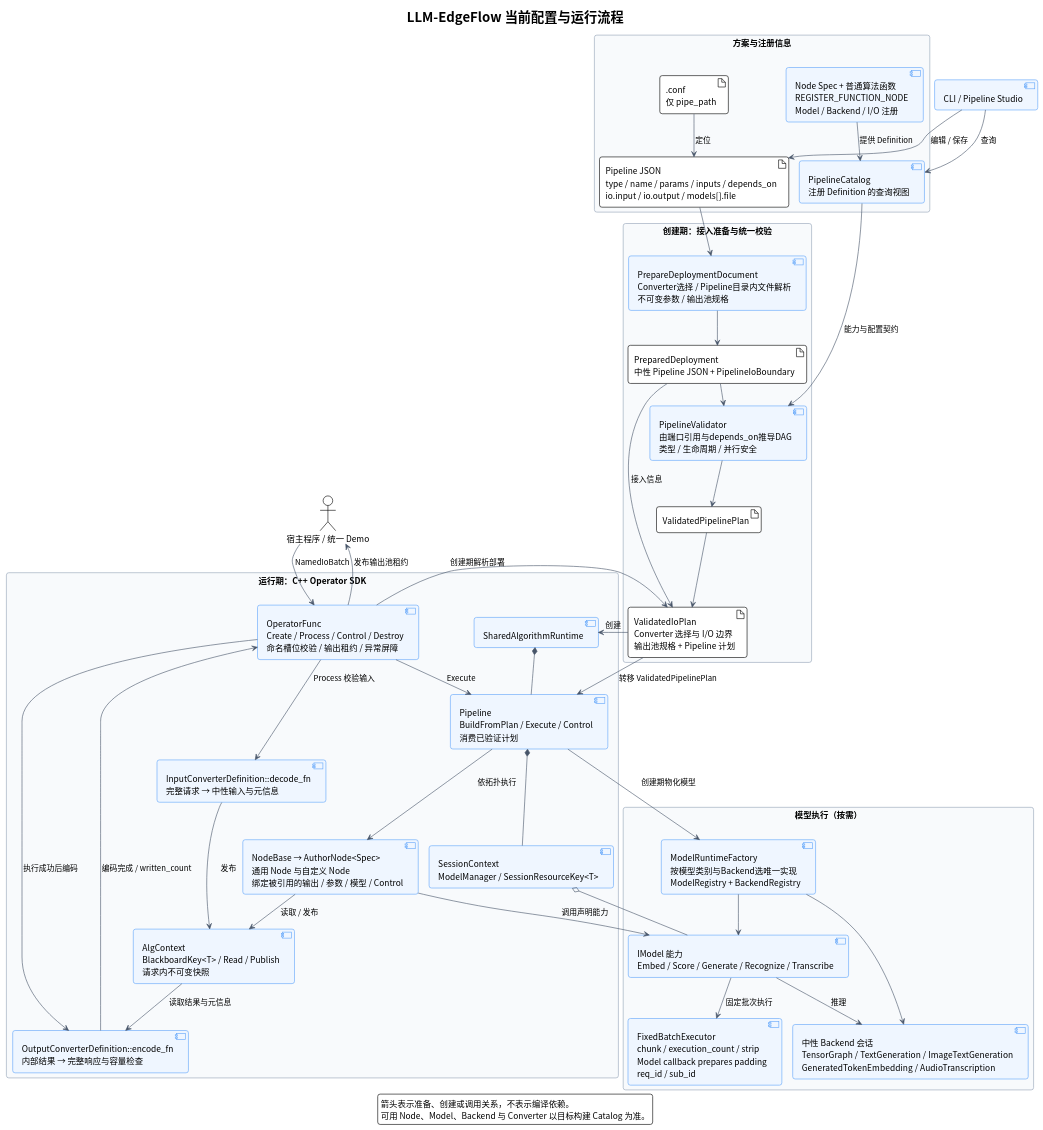
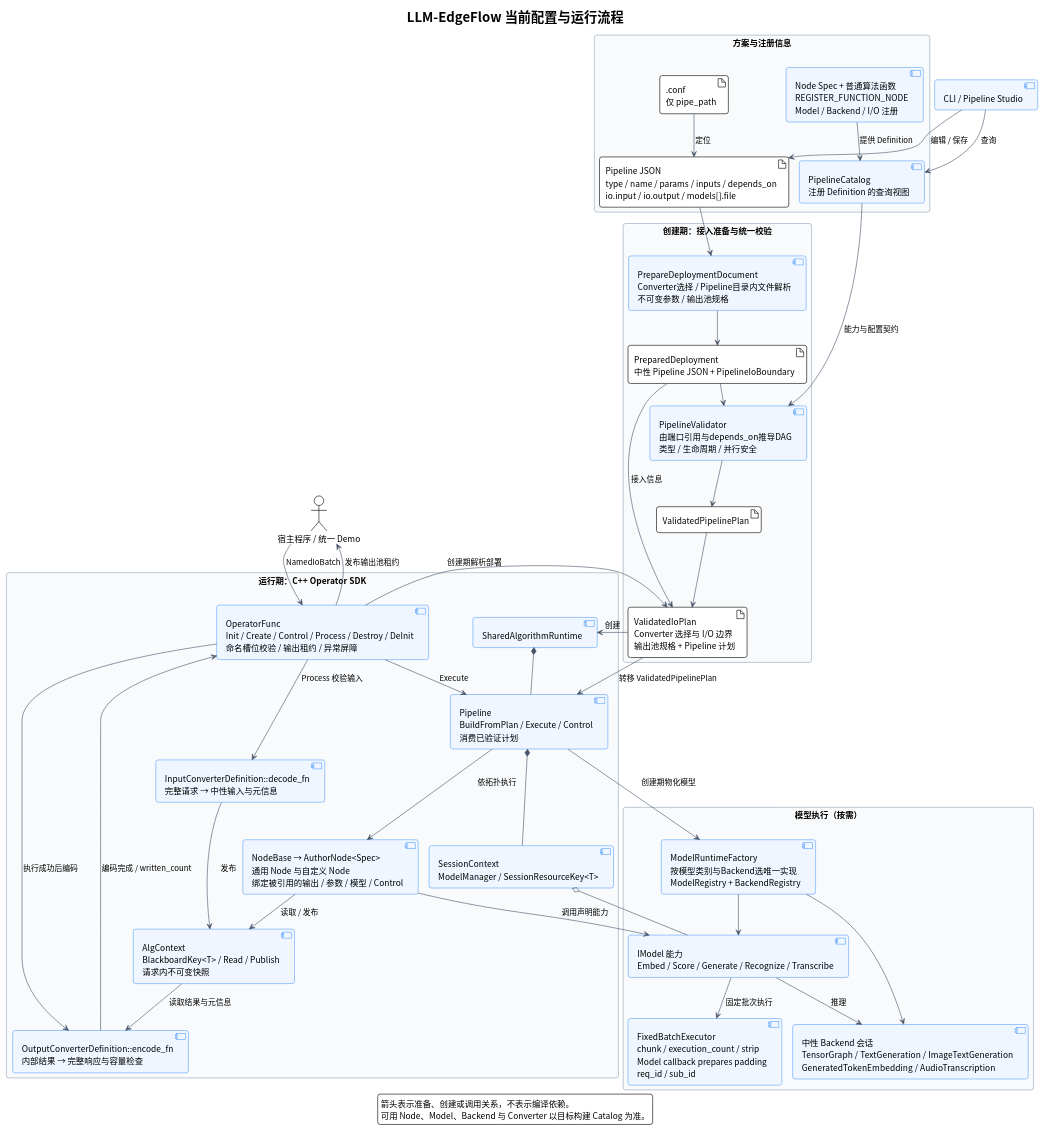
The diagram in doc/architecture_flow.puml (chamsechan/LLM-EdgeFlow), drawn with PlantUML before and after one commit. The commit also changed 17 other files, not shown here.

```diff
--- a/doc/architecture_flow.puml
+++ b/doc/architecture_flow.puml
@@ -1,90 +1,90 @@
 @startuml LLM_EdgeFlow_Runtime_Flow
 !pragma layout smetana
 !theme plain
 skinparam backgroundColor #FFFFFF
 skinparam defaultFontName "Noto Sans CJK SC"
 skinparam shadowing false
 skinparam roundCorner 8
 skinparam packageStyle rectangle
 skinparam ArrowColor #475569
 skinparam packageBackgroundColor #F8FAFC
 skinparam packageBorderColor #94A3B8
 skinparam componentBackgroundColor #EFF6FF
 skinparam componentBorderColor #60A5FA
 
 title LLM-EdgeFlow 当前配置与运行流程
 legend bottom
   箭头表示准备、创建或调用关系，不表示编译依赖。
   可用 Node、Model、Backend 与 Converter 以目标构建 Catalog 为准。
 endlegend
 
 actor "宿主程序 / 统一 Demo" as Caller
 component "CLI / Pipeline Studio" as Tools
 
 package "方案与注册信息" {
   artifact ".conf\n仅 pipe_path" as Conf
   artifact "Pipeline JSON\ntype / name / params / inputs / depends_on\nio.input / io.output / models[].file" as Document
   component "PipelineCatalog\n注册 Definition 的查询视图" as Catalog
   component "Node Spec + 普通算法函数\nREGISTER_FUNCTION_NODE\nModel / Backend / I/O 注册" as Definitions
 }
 
 package "创建期：接入准备与统一校验" {
   component "PrepareDeploymentDocument\nConverter选择 / Pipeline目录内文件解析\n不可变参数 / 输出池规格" as Prepare
   artifact "PreparedDeployment\n中性 Pipeline JSON + PipelineIoBoundary" as Prepared
   component "PipelineValidator\n由端口引用与depends_on推导DAG\n类型 / 生命周期 / 并行安全" as Validator
   artifact "ValidatedPipelinePlan" as PipelinePlan
   artifact "ValidatedIoPlan\nConverter 选择与 I/O 边界\n输出池规格 + Pipeline 计划" as IoPlan
 }
 
 package "运行期：C++ Operator SDK" {
-  component "OperatorFunc\nCreate / Process / Control / Destroy\n命名槽位校验 / 输出租约 / 异常屏障" as Operator
+  component "OperatorFunc\nInit / Create / Control / Process / Destroy / DeInit\n命名槽位校验 / 输出租约 / 异常屏障" as Operator
   component "SharedAlgorithmRuntime" as Runtime
   component "InputConverterDefinition::decode_fn\n完整请求 → 中性输入与元信息" as Decode
   component "OutputConverterDefinition::encode_fn\n内部结果 → 完整响应与容量检查" as Encode
   component "Pipeline\nBuildFromPlan / Execute / Control\n消费已验证计划" as Pipeline
   component "AlgContext\nBlackboardKey<T> / Read / Publish\n请求内不可变快照" as Context
   component "SessionContext\nModelManager / SessionResourceKey<T>" as Session
   component "NodeBase → AuthorNode<Spec>\n通用 Node 与自定义 Node\n绑定被引用的输出 / 参数 / 模型 / Control" as Nodes
 }
 
 package "模型执行（按需）" {
   component "ModelRuntimeFactory\n按模型类别与Backend选唯一实现\nModelRegistry + BackendRegistry" as Factory
   component "IModel 能力\nEmbed / Score / Generate / Recognize / Transcribe" as Model
   component "中性 Backend 会话\nTensorGraph / TextGeneration / ImageTextGeneration\nGeneratedTokenEmbedding / AudioTranscription" as Backend
   component "FixedBatchExecutor\nchunk / execution_count / strip\nModel callback prepares padding\nreq_id / sub_id" as Batch
 }
 
 Tools --> Catalog : 查询
 Definitions --> Catalog : 提供 Definition
 Tools --> Document : 编辑 / 保存
 Conf --> Document : 定位
 Document --> Prepare
 Prepare --> Prepared
 Prepared --> Validator
 Catalog --> Validator : 能力与配置契约
 Validator --> PipelinePlan
 Prepared --> IoPlan : 接入信息
 PipelinePlan --> IoPlan
 Caller --> Operator : NamedIoBatch
 Operator --> IoPlan : 创建期解析部署
 IoPlan --> Runtime : 创建
 Runtime *-- Pipeline
 IoPlan --> Pipeline : 转移 ValidatedPipelinePlan
 Pipeline *-- Session
 Pipeline --> Factory : 创建期物化模型
 Factory --> Model
 Factory --> Backend
 Session o-- Model
 Operator --> Decode : Process 校验输入
 Decode --> Context : 发布
 Operator --> Pipeline : Execute
 Pipeline --> Nodes : 依拓扑执行
 Nodes --> Context : 读取 / 发布
 Nodes --> Model : 调用声明能力
 Model --> Backend : 推理
 Model --> Batch : 固定批次执行
 Operator --> Encode : 执行成功后编码
 Context --> Encode : 读取结果与元信息
 Encode --> Operator : 编码完成 / written_count
 Operator --> Caller : 发布输出池租约
 @enduml
```
